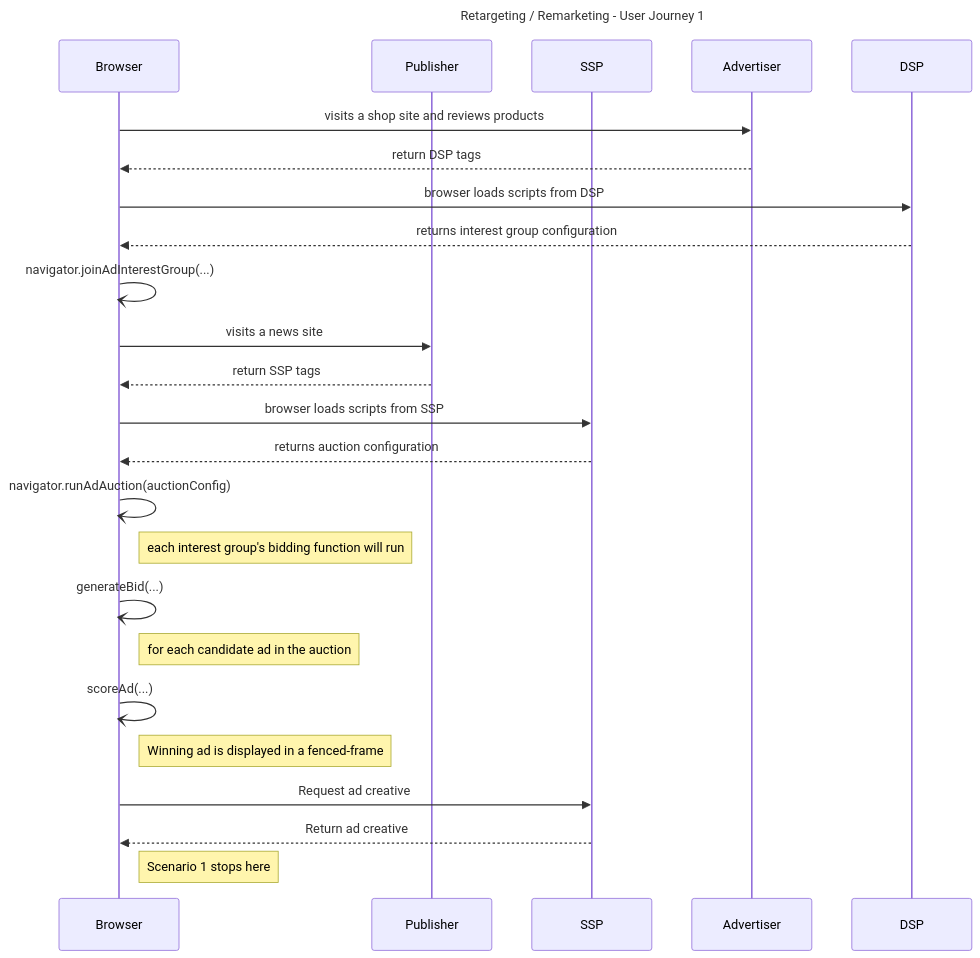
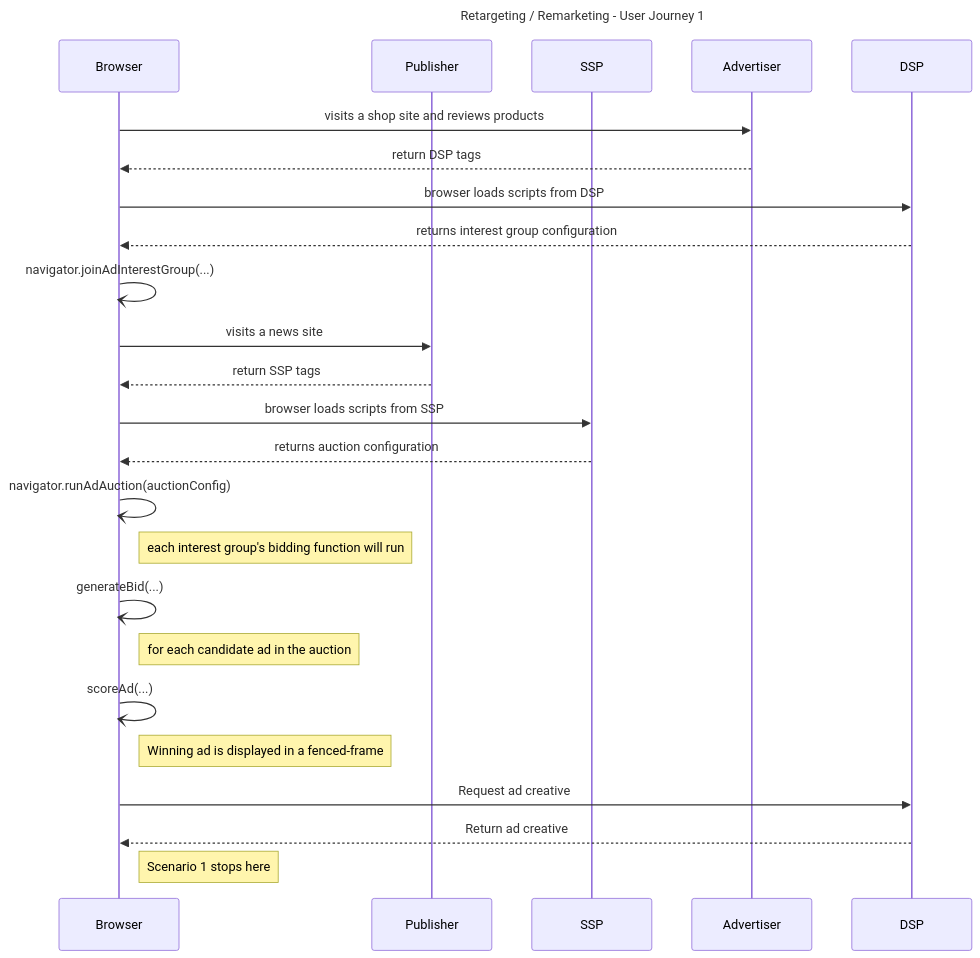
Before and after one commit to privacysandbox/privacy-sandbox-demos: the diagram in services/home/docs/demos/retargeting-remarketing.md, drawn with Mermaid. The commit also changed other lines of this file, not shown here.

````diff
--- a/services/home/docs/demos/retargeting-remarketing.md
+++ b/services/home/docs/demos/retargeting-remarketing.md
@@ -74,37 +74,37 @@
 ```mermaid
 sequenceDiagram
 Title: Retargeting / Remarketing - User Journey 1
 
 participant Browser
 participant Publisher
 participant SSP
 participant Advertiser
 participant DSP
 
 Browser->>Advertiser:visits a shop site and reviews products
 Advertiser-->>Browser:return DSP tags
 Browser->>DSP:browser loads scripts from DSP
 DSP-->>Browser:returns interest group configuration
 
 Browser-)Browser:navigator.joinAdInterestGroup(...)
 
 Browser->>Publisher:visits a news  site
 Publisher-->>Browser:return SSP tags
 Browser->>SSP:browser loads scripts from SSP
 SSP-->>Browser:returns auction configuration
 
 Browser-)Browser:navigator.runAdAuction(auctionConfig)
 
 note right of Browser:each interest group's bidding function will run
 Browser-)Browser:generateBid(...)
 
 note right of Browser:for each candidate ad in the auction
 Browser-)Browser:scoreAd(...)
 
 note right of Browser:Winning ad is displayed in a fenced-frame
-Browser->>SSP:Request ad creative
-SSP-->>Browser:Return ad creative
+Browser->>DSP:Request ad creative
+DSP-->>Browser:Return ad creative
 
 Note right of Browser:Scenario 1 stops here
 
 ```
````
